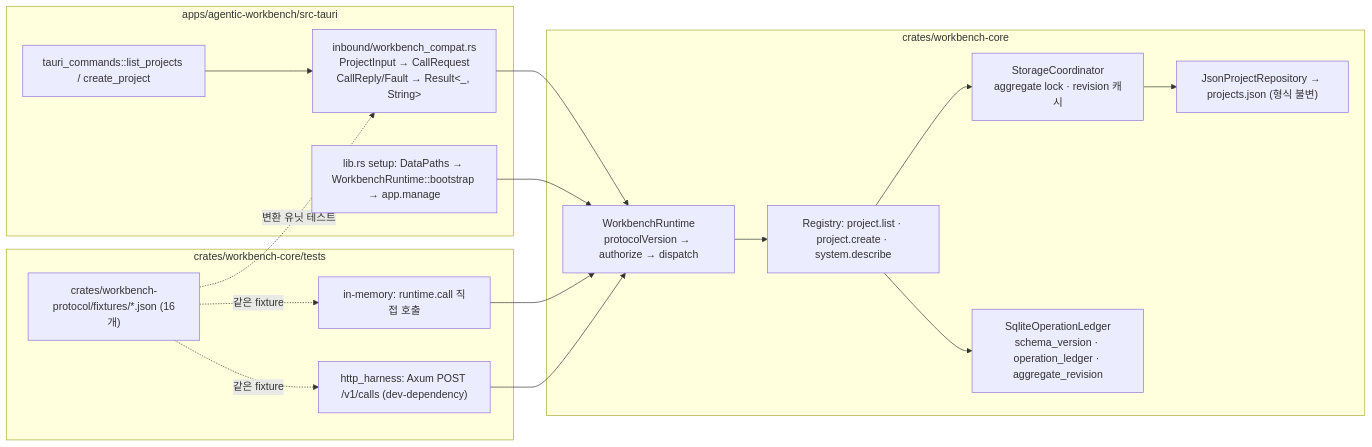
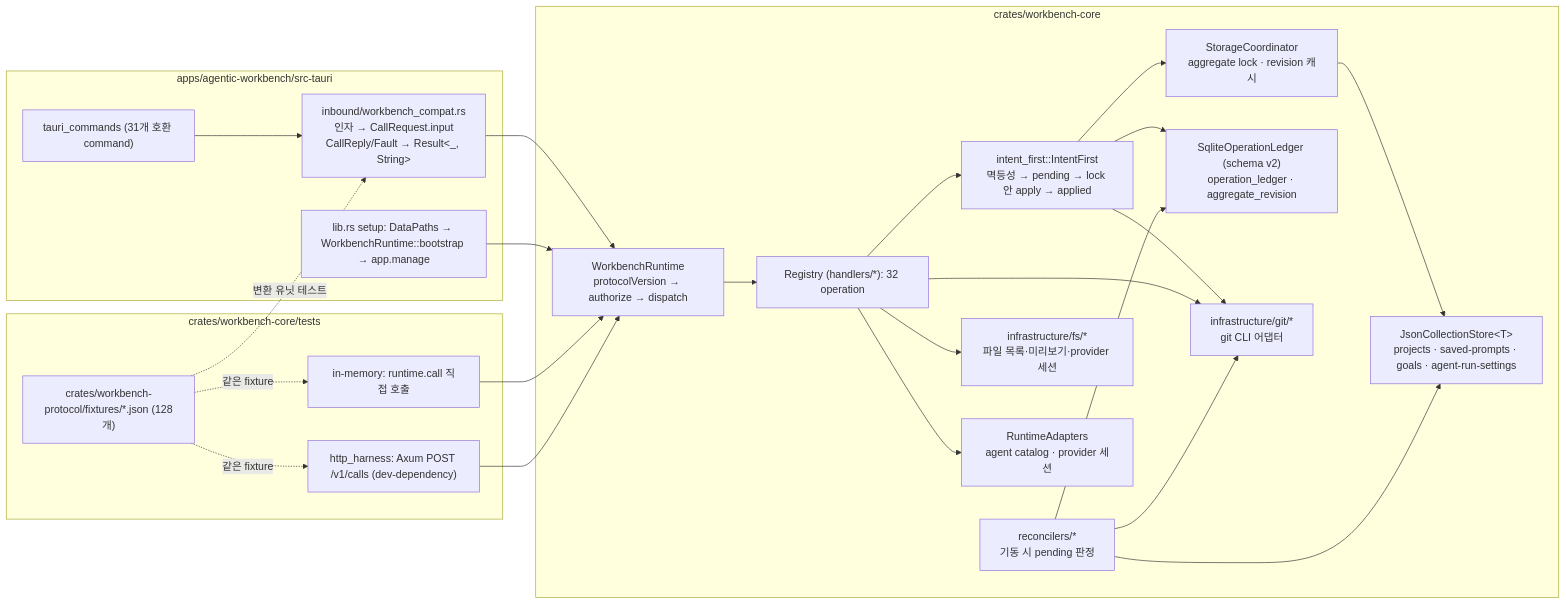
Before and after one commit to yoophi/agentic-workspace: the first of 3 diagrams in docs/workbench-seam.md, drawn with Mermaid. The commit also changed other lines of this file and 285 other files, not shown here.

First line of the commit message:
feat(aw): migrate server-owned Tauri commands behind the Workbench seam (038, stage 1b) (#201)

````diff
--- a/docs/workbench-seam.md
+++ b/docs/workbench-seam.md
@@ -18,29 +30,42 @@
 ```mermaid
 flowchart LR
     subgraph AW["apps/agentic-workbench/src-tauri"]
-        TC["tauri_commands::list_projects / create_project"]
-        Compat["inbound/workbench_compat.rs<br/>ProjectInput → CallRequest<br/>CallReply/Fault → Result&lt;_, String&gt;"]
+        TC["tauri_commands (31개 호환 command)"]
+        Compat["inbound/workbench_compat.rs<br/>인자 → CallRequest.input<br/>CallReply/Fault → Result&lt;_, String&gt;"]
         Setup["lib.rs setup: DataPaths → WorkbenchRuntime::bootstrap → app.manage"]
     end
     subgraph Core["crates/workbench-core"]
         RT["WorkbenchRuntime<br/>protocolVersion → authorize → dispatch"]
-        Reg["Registry: project.list · project.create · system.describe"]
+        Reg["Registry (handlers/*): 32 operation"]
+        IF["intent_first::IntentFirst<br/>멱등성 → pending → lock 안 apply → applied"]
+        Rec["reconcilers/*<br/>기동 시 pending 판정"]
         Coord["StorageCoordinator<br/>aggregate lock · revision 캐시"]
-        Ledger["SqliteOperationLedger<br/>schema_version · operation_ledger · aggregate_revision"]
-        JSON["JsonProjectRepository → projects.json (형식 불변)"]
+        Ledger["SqliteOperationLedger (schema v2)<br/>operation_ledger · aggregate_revision"]
+        JSON["JsonCollectionStore&lt;T&gt;<br/>projects · saved-prompts · goals · agent-run-settings"]
+        Git["infrastructure/git/*<br/>git CLI 어댑터"]
+        FS["infrastructure/fs/*<br/>파일 목록·미리보기·provider 세션"]
+        Ad["RuntimeAdapters<br/>agent catalog · provider 세션"]
     end
     subgraph Tests["crates/workbench-core/tests"]
         Mem["in-memory: runtime.call 직접 호출"]
         HTTP["http_harness: Axum POST /v1/calls (dev-dependency)"]
-        Fx["crates/workbench-protocol/fixtures/*.json (16개)"]
+        Fx["crates/workbench-protocol/fixtures/*.json (128개)"]
     end
     TC --> Compat --> RT
     Setup --> RT
     Mem --> RT
     HTTP --> RT
-    RT --> Reg --> Coord --> JSON
-    Reg --> Ledger
+    RT --> Reg
+    Reg --> IF --> Coord --> JSON
+    IF --> Ledger
+    IF --> Git
+    Reg --> Git
+    Reg --> FS
+    Reg --> Ad
+    Rec --> Ledger
+    Rec --> JSON
+    Rec --> Git
     Fx -.같은 fixture.-> Mem
     Fx -.같은 fixture.-> HTTP
     Fx -.변환 유닛 테스트.-> Compat
 ```
````
